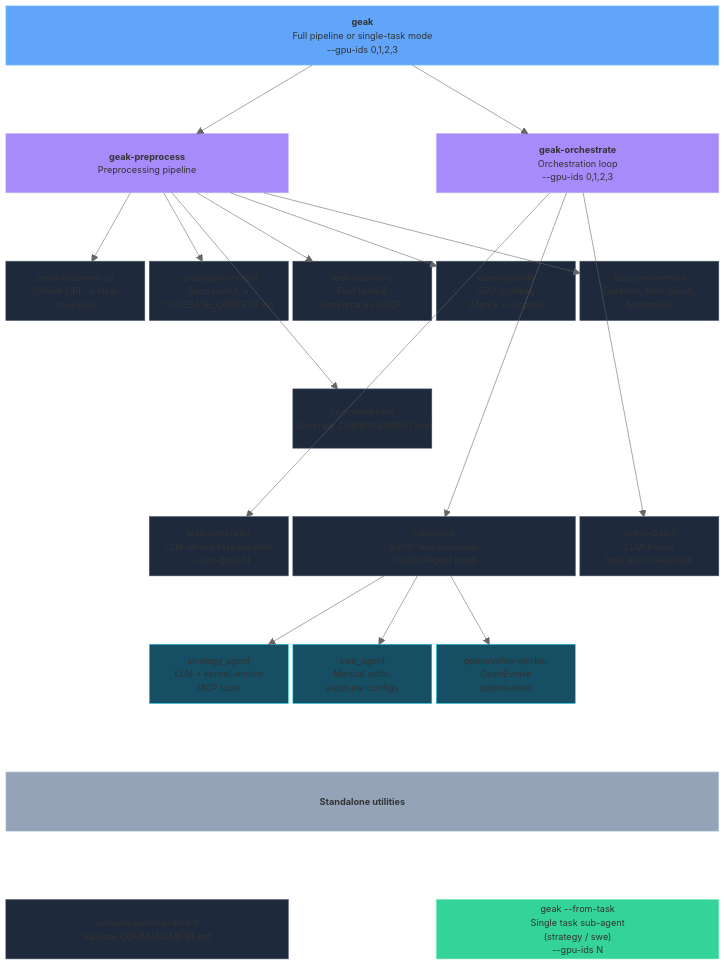
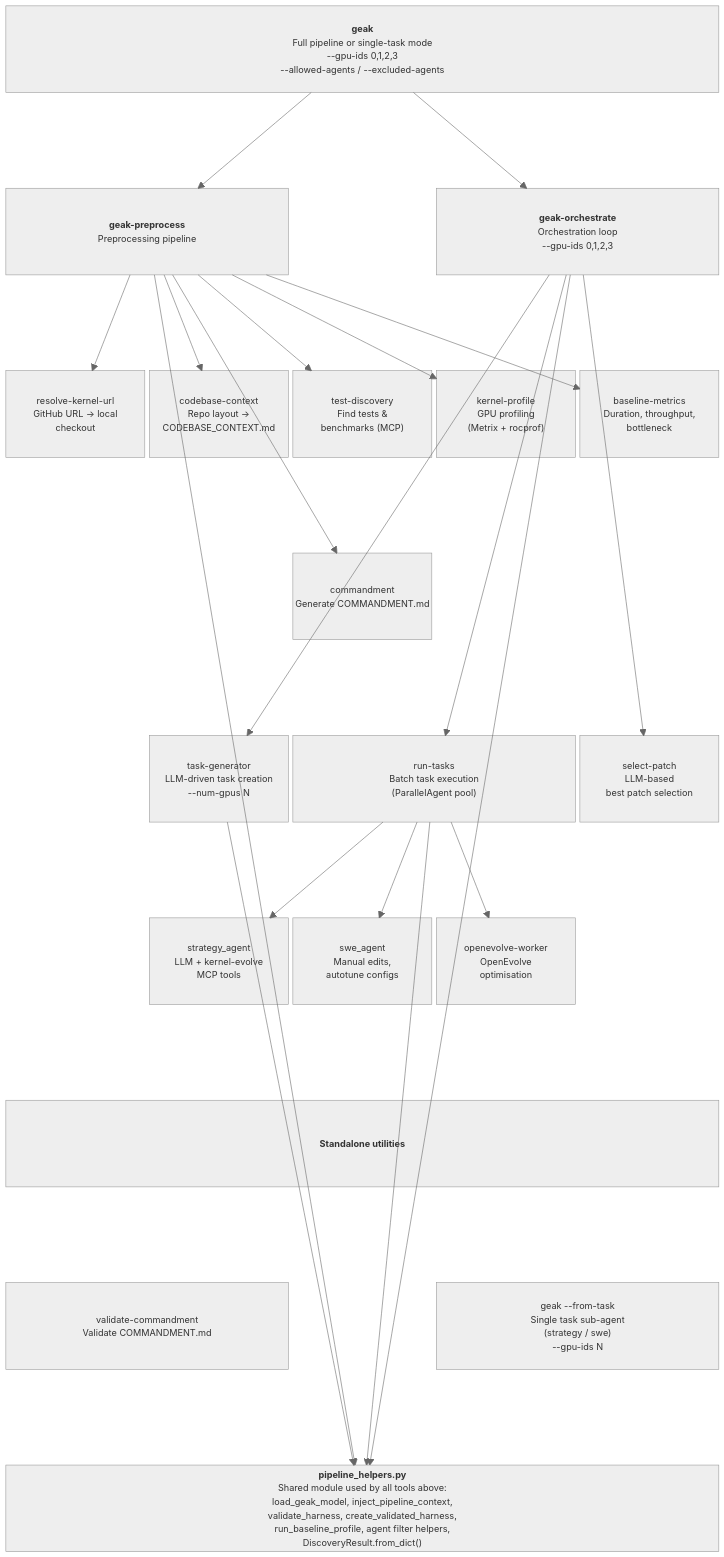
Before and after one commit to AMD-AGI/GEAK: the diagram in docs/tools.md, drawn with Mermaid (neutral theme). The commit also changed 38 other files, not shown here.

First line of the commit message:
Unify pipeline helpers, flow per-kernel metrics, and clean up legacy code

````diff
--- a/docs/tools.md
+++ b/docs/tools.md
@@ -4,7 +4,7 @@
 block-beta
     columns 5
 
-    geak["<b>geak</b>\nFull pipeline or single-task mode\n--gpu-ids 0,1,2,3"]:5
+    geak["<b>geak</b>\nFull pipeline or single-task mode\n--gpu-ids 0,1,2,3\n--allowed-agents / --excluded-agents"]:5
 
     space:5
 
@@ -51,6 +51,10 @@
     space
     geak_task["geak --from-task\nSingle task sub-agent\n(strategy / swe)\n--gpu-ids N"]:2
 
+    space:5
+
+    shared["<b>pipeline_helpers.py</b>\nShared module used by all tools above:\nload_geak_model, inject_pipeline_context,\nvalidate_harness, create_validated_harness,\nrun_baseline_profile, agent filter helpers,\nDiscoveryResult.from_dict()"]:5
+
     geak --> geak_preprocess
     geak --> geak_orchestrate
     geak_preprocess --> resolve
@@ -65,23 +69,8 @@
     run_tasks --> strategy
     run_tasks --> swe
     run_tasks --> openevolve
-
-    style geak fill:#60a5fa,color:#000,stroke:#93c5fd
-    style geak_preprocess fill:#a78bfa,color:#000,stroke:#c4b5fd
-    style geak_orchestrate fill:#a78bfa,color:#000,stroke:#c4b5fd
-    style standalone fill:#94a3b8,color:#000,stroke:#cbd5e1
-    style geak_task fill:#34d399,color:#000,stroke:#6ee7b7
-    style resolve fill:#1e293b,color:#e2e8f0,stroke:#475569
-    style context fill:#1e293b,color:#e2e8f0,stroke:#475569
-    style discover fill:#1e293b,color:#e2e8f0,stroke:#475569
-    style profile fill:#1e293b,color:#e2e8f0,stroke:#475569
-    style baseline fill:#1e293b,color:#e2e8f0,stroke:#475569
-    style commandment fill:#1e293b,color:#e2e8f0,stroke:#475569
-    style task_gen fill:#1e293b,color:#e2e8f0,stroke:#475569
-    style run_tasks fill:#1e293b,color:#e2e8f0,stroke:#475569
-    style select_patch fill:#1e293b,color:#e2e8f0,stroke:#475569
-    style strategy fill:#164e63,color:#a5f3fc,stroke:#22d3ee
-    style swe fill:#164e63,color:#a5f3fc,stroke:#22d3ee
-    style openevolve fill:#164e63,color:#a5f3fc,stroke:#22d3ee
-    style validate fill:#1e293b,color:#e2e8f0,stroke:#475569
+    geak_preprocess --> shared
+    geak_orchestrate --> shared
+    run_tasks --> shared
+    task_gen --> shared
 ```
````
